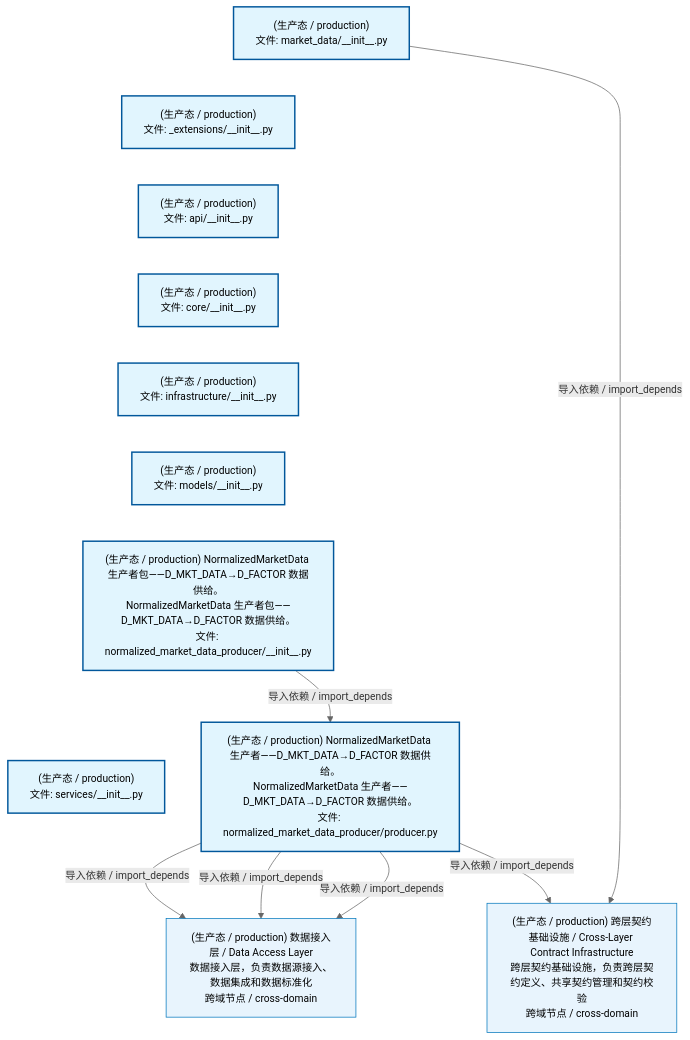
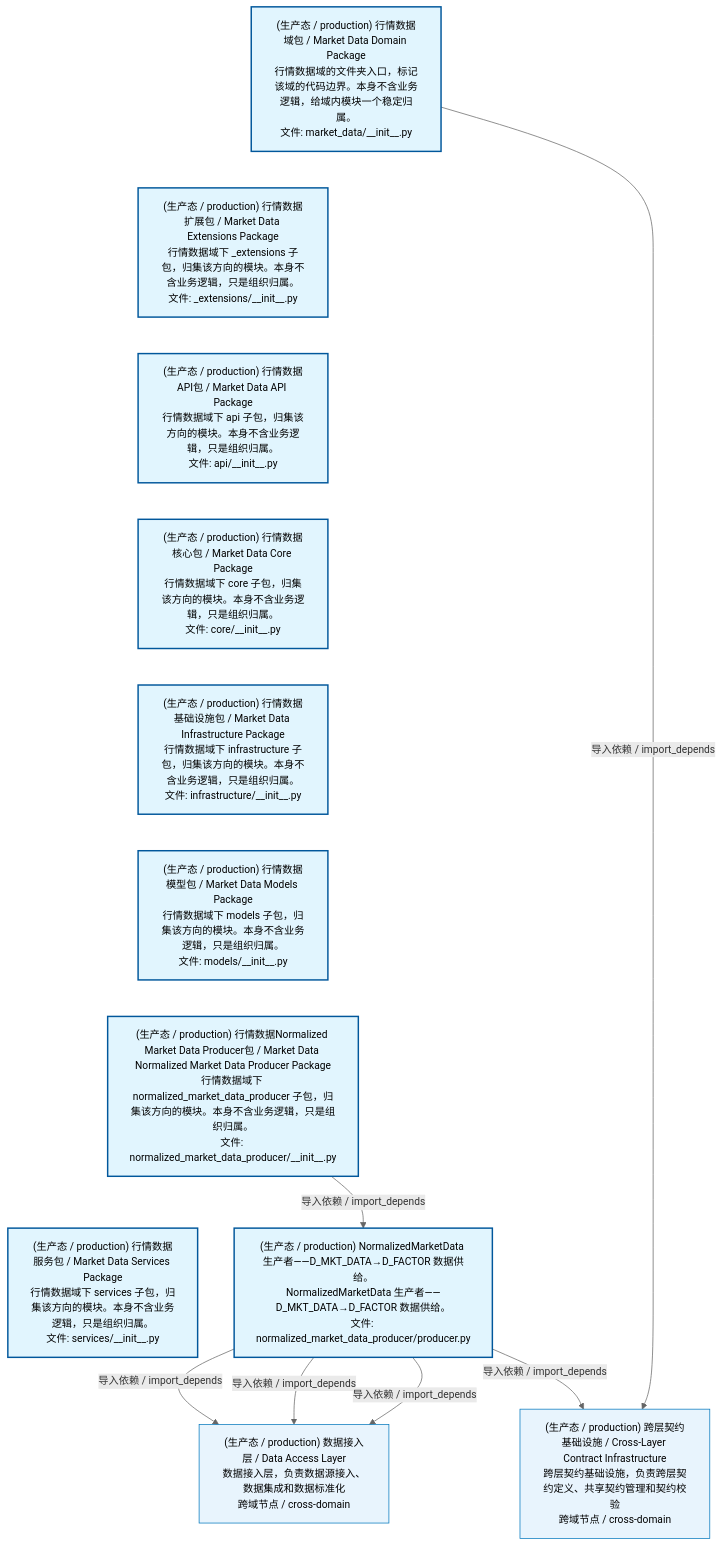
One commit to xuanFelixVan/ZephyrAlpha changed the first of 2 diagrams in docs/02_enterprise_architecture/02_domain_architecture_docs/23_d_mkt_data.md. Above: the diagram before and after it, drawn with Mermaid. The commit also changed other lines of this file and 54 other files, not shown here.

````diff
--- a/docs/02_enterprise_architecture/02_domain_architecture_docs/23_d_mkt_data.md
+++ b/docs/02_enterprise_architecture/02_domain_architecture_docs/23_d_mkt_data.md
@@ -53,34 +53,34 @@
 ```mermaid
 %%{init: {'theme': 'base', 'themeVariables': {'primaryColor': '#eaeaea', 'primaryTextColor': '#333333', 'primaryBorderColor': '#666666', 'lineColor': '#666666', 'secondaryColor': '#eaeaea', 'tertiaryColor': '#eaeaea', 'fontSize': '14px'}}}%%
 flowchart TD
-    src_zephyr_market_data_init_py["(生产态 / production)<br/>文件: market_data/__init__.py"]
-    src_zephyr_market_data_extensions_init_py["(生产态 / production)<br/>文件: _extensions/__init__.py"]
-    src_zephyr_market_data_api_init_py["(生产态 / production)<br/>文件: api/__init__.py"]
-    src_zephyr_market_data_core_init_py["(生产态 / production)<br/>文件: core/__init__.py"]
-    src_zephyr_market_data_infrastructure_init_py["(生产态 / production)<br/>文件: infrastructure/__init__.py"]
-    src_zephyr_market_data_models_init_py["(生产态 / production)<br/>文件: models/__init__.py"]
-    src_zephyr_market_data_normalized_market_data_producer_init_py["(生产态 / production) NormalizedMarketData 生产者包——D_MKT_DATA→D_FACTOR 数据供给。<br/>NormalizedMarketData 生产者包——D_MKT_DATA→D_FACTOR 数据供给。<br/>文件: normalized_market_data_producer/__init__.py"]
-    src_zephyr_market_data_services_init_py["(生产态 / production)<br/>文件: services/__init__.py"]
+    src_zephyr_market_data_init_py["(生产态 / production) 行情数据域包 / Market Data Domain Package<br/>行情数据域的文件夹入口，标记该域的代码边界。本身不含业务逻辑，给域内模块一个稳定归属。<br/>文件: market_data/__init__.py"]
+    src_zephyr_market_data_extensions_init_py["(生产态 / production) 行情数据扩展包 / Market Data Extensions Package<br/>行情数据域下 _extensions 子包，归集该方向的模块。本身不含业务逻辑，只是组织归属。<br/>文件: _extensions/__init__.py"]
+    src_zephyr_market_data_api_init_py["(生产态 / production) 行情数据API包 / Market Data API Package<br/>行情数据域下 api 子包，归集该方向的模块。本身不含业务逻辑，只是组织归属。<br/>文件: api/__init__.py"]
+    src_zephyr_market_data_core_init_py["(生产态 / production) 行情数据核心包 / Market Data Core Package<br/>行情数据域下 core 子包，归集该方向的模块。本身不含业务逻辑，只是组织归属。<br/>文件: core/__init__.py"]
+    src_zephyr_market_data_infrastructure_init_py["(生产态 / production) 行情数据基础设施包 / Market Data Infrastructure Package<br/>行情数据域下 infrastructure 子包，归集该方向的模块。本身不含业务逻辑，只是组织归属。<br/>文件: infrastructure/__init__.py"]
+    src_zephyr_market_data_models_init_py["(生产态 / production) 行情数据模型包 / Market Data Models Package<br/>行情数据域下 models 子包，归集该方向的模块。本身不含业务逻辑，只是组织归属。<br/>文件: models/__init__.py"]
+    src_zephyr_market_data_normalized_market_data_producer_init_py["(生产态 / production) 行情数据Normalized Market Data Producer包 / Market Data Normalized Market Data Producer Package<br/>行情数据域下 normalized_market_data_producer 子包，归集该方向的模块。本身不含业务逻辑，只是组织归属。<br/>文件: normalized_market_data_producer/__init__.py"]
+    src_zephyr_market_data_services_init_py["(生产态 / production) 行情数据服务包 / Market Data Services Package<br/>行情数据域下 services 子包，归集该方向的模块。本身不含业务逻辑，只是组织归属。<br/>文件: services/__init__.py"]
     src_zephyr_market_data_init_py ~~~ src_zephyr_market_data_extensions_init_py
     src_zephyr_market_data_extensions_init_py ~~~ src_zephyr_market_data_api_init_py
     src_zephyr_market_data_api_init_py ~~~ src_zephyr_market_data_core_init_py
     src_zephyr_market_data_core_init_py ~~~ src_zephyr_market_data_infrastructure_init_py
     src_zephyr_market_data_infrastructure_init_py ~~~ src_zephyr_market_data_models_init_py
     src_zephyr_market_data_models_init_py ~~~ src_zephyr_market_data_normalized_market_data_producer_init_py
     src_zephyr_market_data_normalized_market_data_producer_init_py ~~~ src_zephyr_market_data_services_init_py
     src_zephyr_market_data_normalized_market_data_producer_producer_py["(生产态 / production) NormalizedMarketData 生产者——D_MKT_DATA→D_FACTOR 数据供给。<br/>NormalizedMarketData 生产者——D_MKT_DATA→D_FACTOR 数据供给。<br/>文件: normalized_market_data_producer/producer.py"]
     src_zephyr_market_data_normalized_market_data_producer_init_py -->|导入依赖 / import_depends| src_zephyr_market_data_normalized_market_data_producer_producer_py
     D_DATA["(生产态 / production) 数据接入层 / Data Access Layer<br/>数据接入层，负责数据源接入、数据集成和数据标准化<br/>跨域节点 / cross-domain"]
     src_zephyr_market_data_normalized_market_data_producer_producer_py -->|导入依赖 / import_depends| D_DATA
     src_zephyr_market_data_normalized_market_data_producer_producer_py -->|导入依赖 / import_depends| D_DATA
     src_zephyr_market_data_normalized_market_data_producer_producer_py -->|导入依赖 / import_depends| D_DATA
     D_INFRASTRUCTURE["(生产态 / production) 跨层契约基础设施 / Cross-Layer Contract Infrastructure<br/>跨层契约基础设施，负责跨层契约定义、共享契约管理和契约校验<br/>跨域节点 / cross-domain"]
     src_zephyr_market_data_normalized_market_data_producer_producer_py -->|导入依赖 / import_depends| D_INFRASTRUCTURE
     src_zephyr_market_data_init_py -->|导入依赖 / import_depends| D_INFRASTRUCTURE
     classDef production fill:#e1f5fe,stroke:#01579b,stroke-width:2px,color:#000
     classDef design fill:#fff3e0,stroke:#e65100,stroke-width:2px,color:#000,stroke-dasharray: 5 5
     classDef external_prod fill:#e8f4fd,stroke:#0277bd,stroke-width:1px,color:#000
     classDef external_design fill:#fff8e7,stroke:#ef6c00,stroke-width:1px,color:#000,stroke-dasharray: 5 5
     class src_zephyr_market_data_init_py,src_zephyr_market_data_extensions_init_py,src_zephyr_market_data_api_init_py,src_zephyr_market_data_core_init_py,src_zephyr_market_data_infrastructure_init_py,src_zephyr_market_data_models_init_py,src_zephyr_market_data_normalized_market_data_producer_init_py,src_zephyr_market_data_normalized_market_data_producer_producer_py,src_zephyr_market_data_services_init_py production
     class D_DATA,D_INFRASTRUCTURE external_prod
 ```
````
